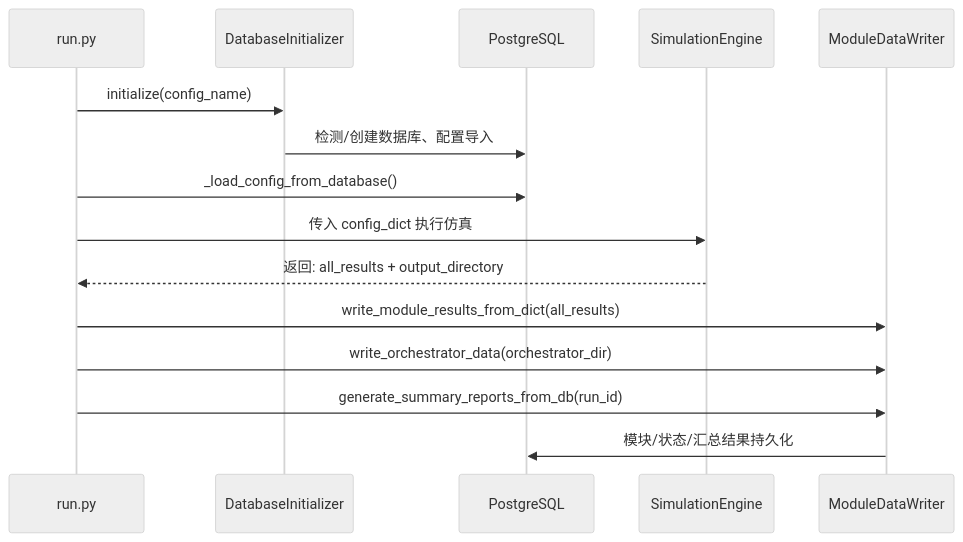
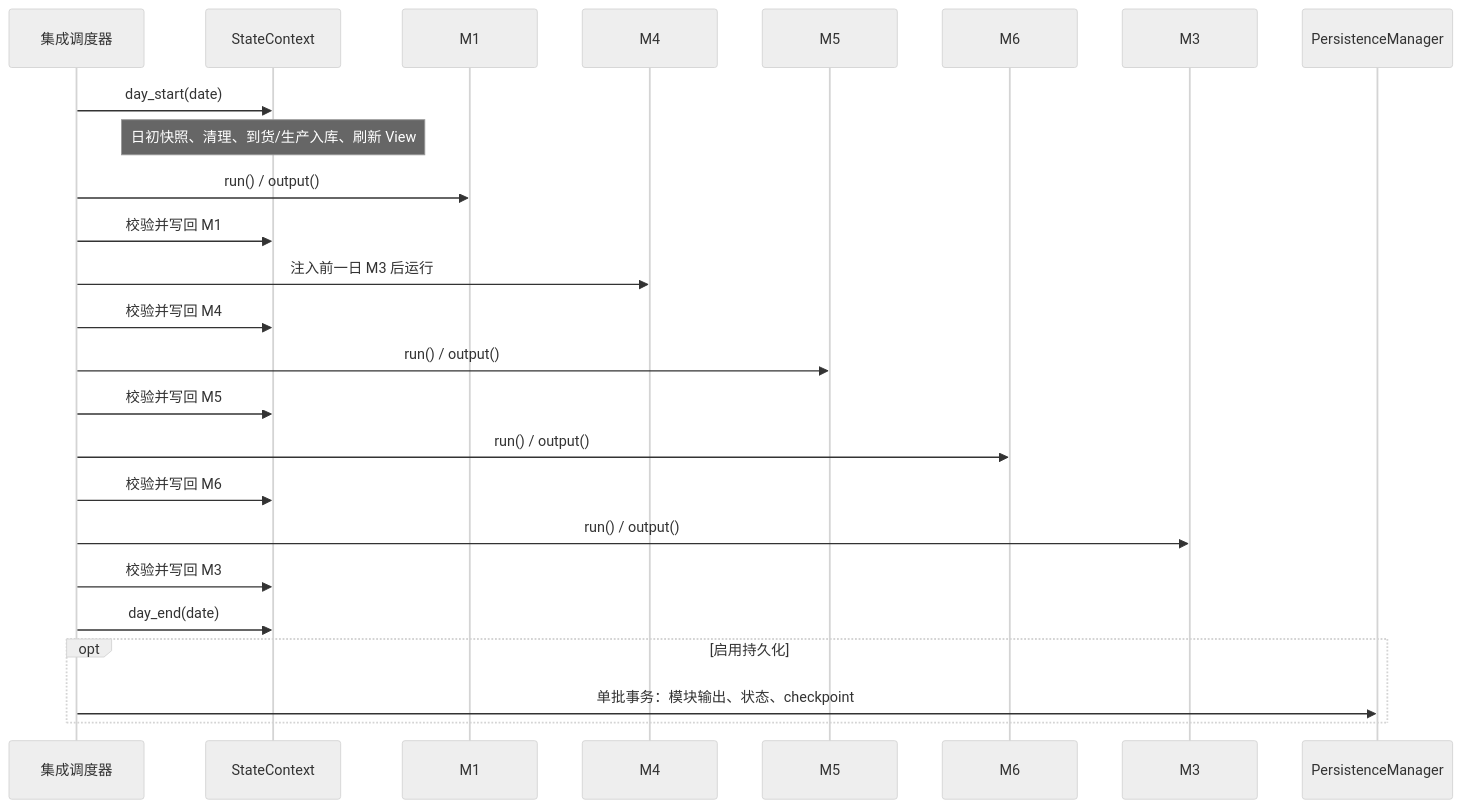
Before and after one commit to senzhang-ps/chainsight: the second of 5 diagrams in docs/architecture/architecture.md, drawn with Mermaid (neutral theme). The commit also changed other lines of this file and 14 other files, not shown here.

````diff
--- a/docs/architecture/architecture.md
+++ b/docs/architecture/architecture.md
@@ -826,18 +116,28 @@
 ```mermaid
 sequenceDiagram
-    participant Run as run.py
-    participant DBI as DatabaseInitializer
-    participant PG as PostgreSQL
-    participant SIM as SimulationEngine
-    participant W as ModuleDataWriter
+    participant I as 集成调度器
+    participant S as StateContext
+    participant M1 as M1
+    participant M4 as M4
+    participant M5 as M5
+    participant M6 as M6
+    participant M3 as M3
+    participant P as PersistenceManager
 
-    Run->>DBI: initialize(config_name)
-    DBI->>PG: 检测/创建数据库、配置导入
-    Run->>PG: _load_config_from_database()
-    Run->>SIM: 传入 config_dict 执行仿真
-    SIM-->>Run: 返回: all_results + output_directory
-    Run->>W: write_module_results_from_dict(all_results)
-    Run->>W: write_orchestrator_data(orchestrator_dir)
-    Run->>W: generate_summary_reports_from_db(run_id)
-    W->>PG: 模块/状态/汇总结果持久化
+    I->>S: day_start(date)
+    Note over S: 日初快照、清理、到货/生产入库、刷新 View
+    I->>M1: run() / output()
+    I->>S: 校验并写回 M1
+    I->>M4: 注入前一日 M3 后运行
+    I->>S: 校验并写回 M4
+    I->>M5: run() / output()
+    I->>S: 校验并写回 M5
+    I->>M6: run() / output()
+    I->>S: 校验并写回 M6
+    I->>M3: run() / output()
+    I->>S: 校验并写回 M3
+    I->>S: day_end(date)
+    opt 启用持久化
+        I->>P: 单批事务：模块输出、状态、checkpoint
+    end
 ```
````
